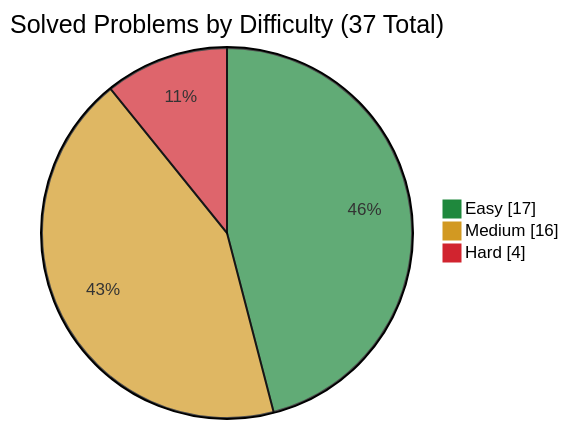
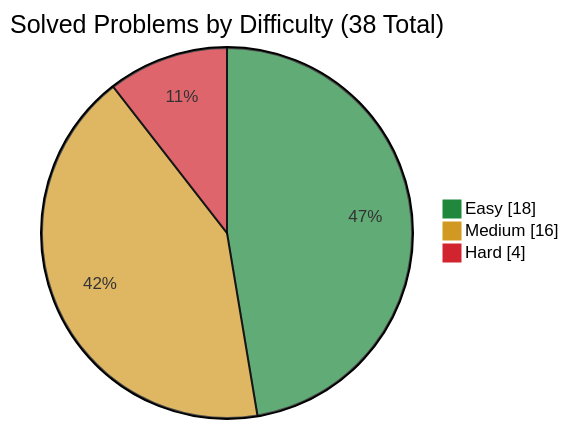
The first of 3 diagrams in README.md (simonesiega/leetcode-solutions), drawn with Mermaid before and after one commit. The commit also changed other lines of this file and 3 other files, not shown here.

````diff
--- a/README.md
+++ b/README.md
@@ -73,8 +73,8 @@
 ```mermaid
 %%{init: {"themeVariables": {"pie1": "#1f883d", "pie2": "#d29922", "pie3": "#d1242f"}}}%%
 pie showData
-    title Solved Problems by Difficulty (37 Total)
-    "Easy" : 17
+    title Solved Problems by Difficulty (38 Total)
+    "Easy" : 18
     "Medium" : 16
     "Hard" : 4
 ```
````
